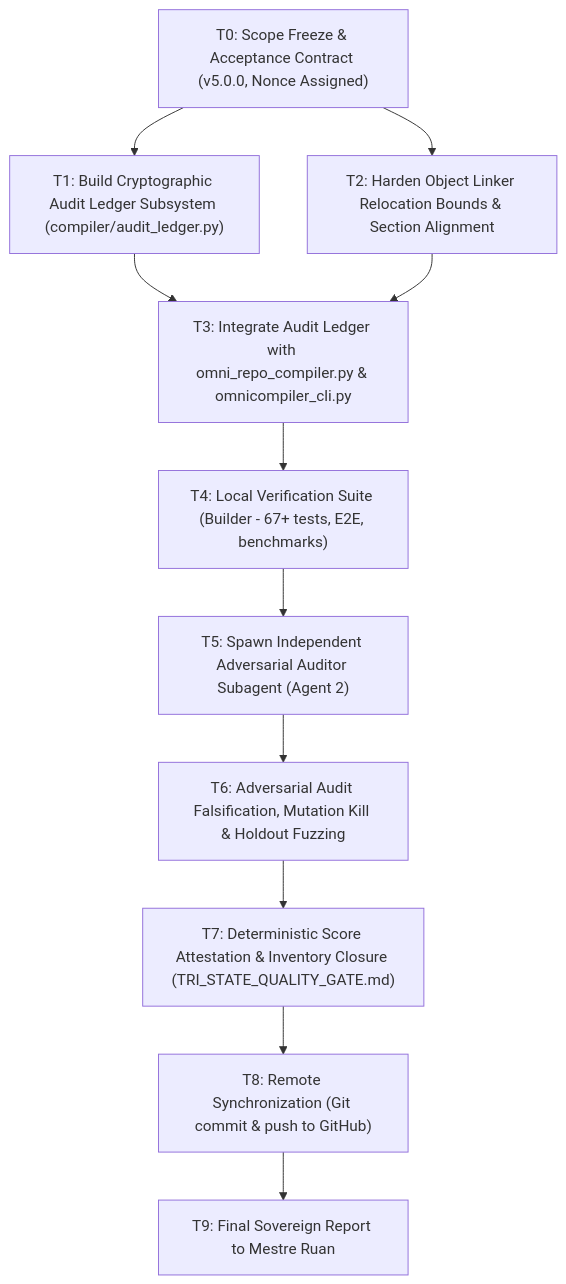
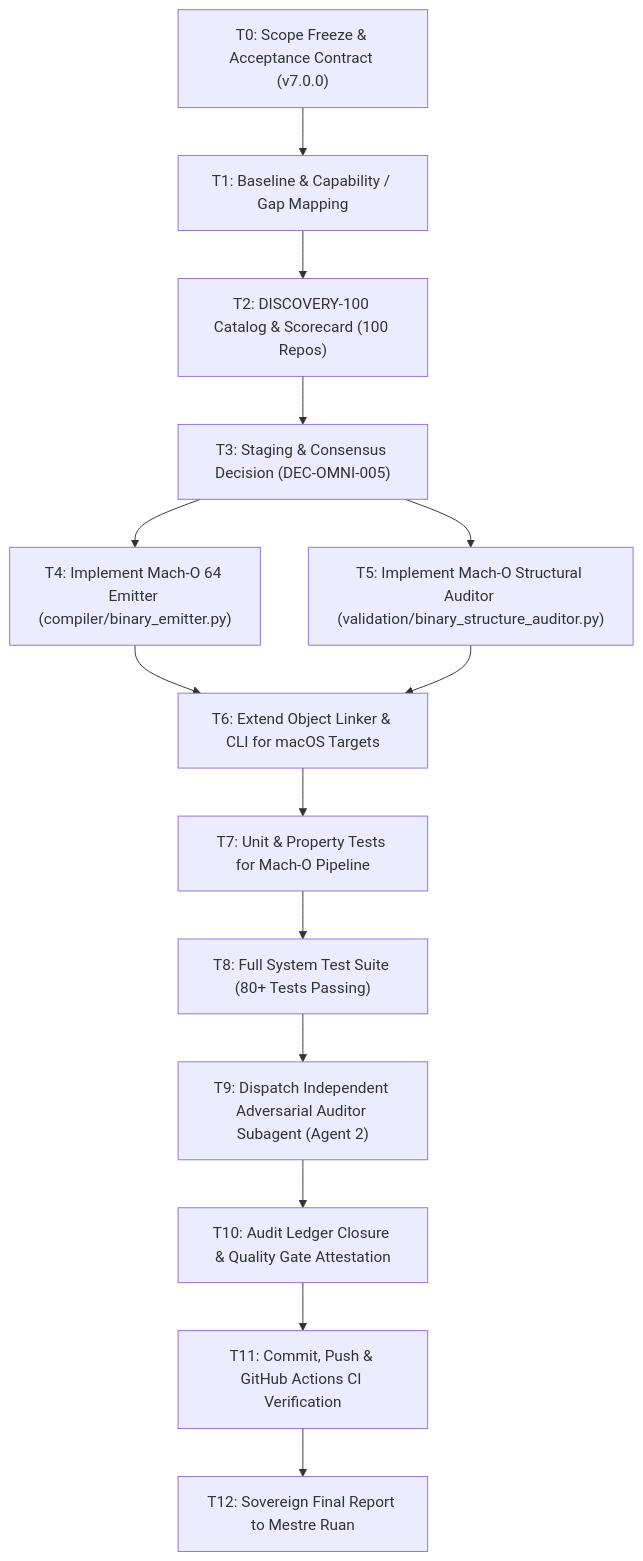
Before and after one commit to juan3861/omnicompiler: the diagram in engineering_evidence/EXECUTION_DAG.md, drawn with Mermaid. The commit also changed other lines of this file and 20 other files, not shown here.

Commit message:
feat(discovery): complete Discovery-100 catalog and Mach-O 64 cross-target compiler (Alpha-C7)

````diff
--- a/engineering_evidence/EXECUTION_DAG.md
+++ b/engineering_evidence/EXECUTION_DAG.md
@@ -6,13 +6,16 @@
 ```mermaid
 graph TD
-    A["T0: Scope Freeze & Acceptance Contract (v5.0.0, Nonce Assigned)"] --> B["T1: Build Cryptographic Audit Ledger Subsystem (compiler/audit_ledger.py)"]
-    A --> C["T2: Harden Object Linker Relocation Bounds & Section Alignment"]
-    B --> D["T3: Integrate Audit Ledger with omni_repo_compiler.py & omnicompiler_cli.py"]
-    C --> D
-    D --> E["T4: Local Verification Suite (Builder - 67+ tests, E2E, benchmarks)"]
-    E --> F["T5: Spawn Independent Adversarial Auditor Subagent (Agent 2)"]
-    F --> G["T6: Adversarial Audit Falsification, Mutation Kill & Holdout Fuzzing"]
-    G --> H["T7: Deterministic Score Attestation & Inventory Closure (TRI_STATE_QUALITY_GATE.md)"]
-    H --> I["T8: Remote Synchronization (Git commit & push to GitHub)"]
-    I --> J["T9: Final Sovereign Report to Mestre Ruan"]
+    A["T0: Scope Freeze & Acceptance Contract (v7.0.0)"] --> B["T1: Baseline & Capability / Gap Mapping"]
+    B --> C["T2: DISCOVERY-100 Catalog & Scorecard (100 Repos)"]
+    C --> D["T3: Staging & Consensus Decision (DEC-OMNI-005)"]
+    D --> E["T4: Implement Mach-O 64 Emitter (compiler/binary_emitter.py)"]
+    D --> F["T5: Implement Mach-O Structural Auditor (validation/binary_structure_auditor.py)"]
+    E --> G["T6: Extend Object Linker & CLI for macOS Targets"]
+    F --> G
+    G --> H["T7: Unit & Property Tests for Mach-O Pipeline"]
+    H --> I["T8: Full System Test Suite (80+ Tests Passing)"]
+    I --> J["T9: Dispatch Independent Adversarial Auditor Subagent (Agent 2)"]
+    J --> K["T10: Audit Ledger Closure & Quality Gate Attestation"]
+    K --> L["T11: Commit, Push & GitHub Actions CI Verification"]
+    L --> M["T12: Sovereign Final Report to Mestre Ruan"]
 ```
````
